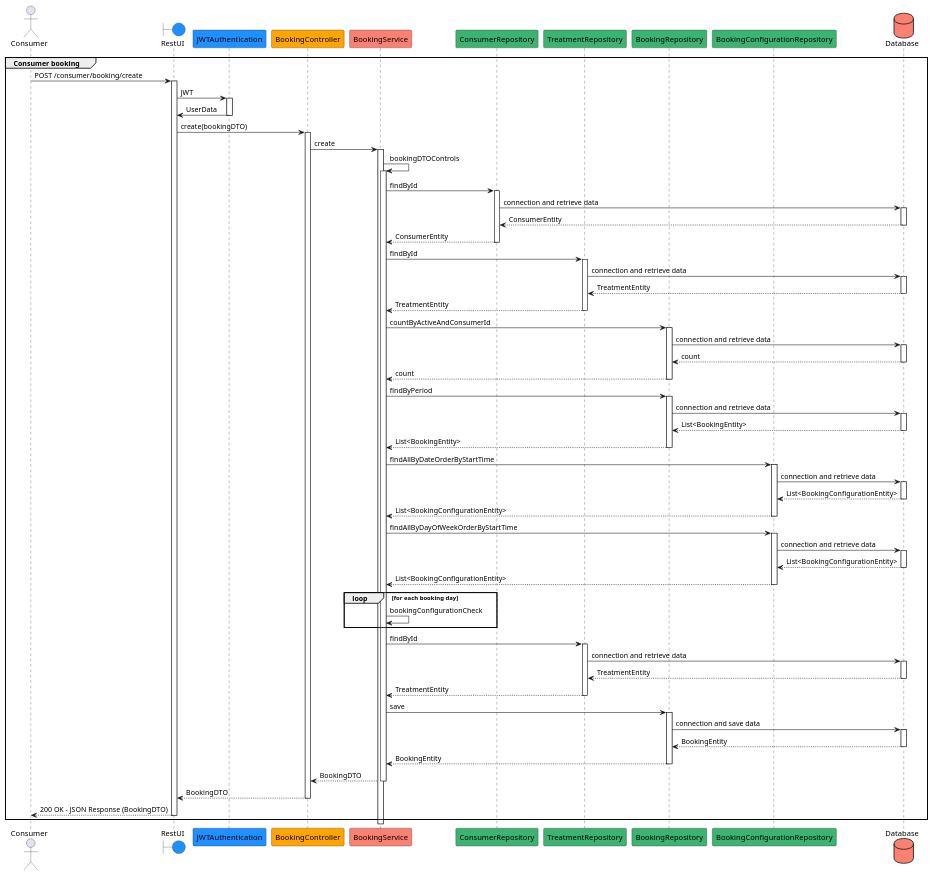
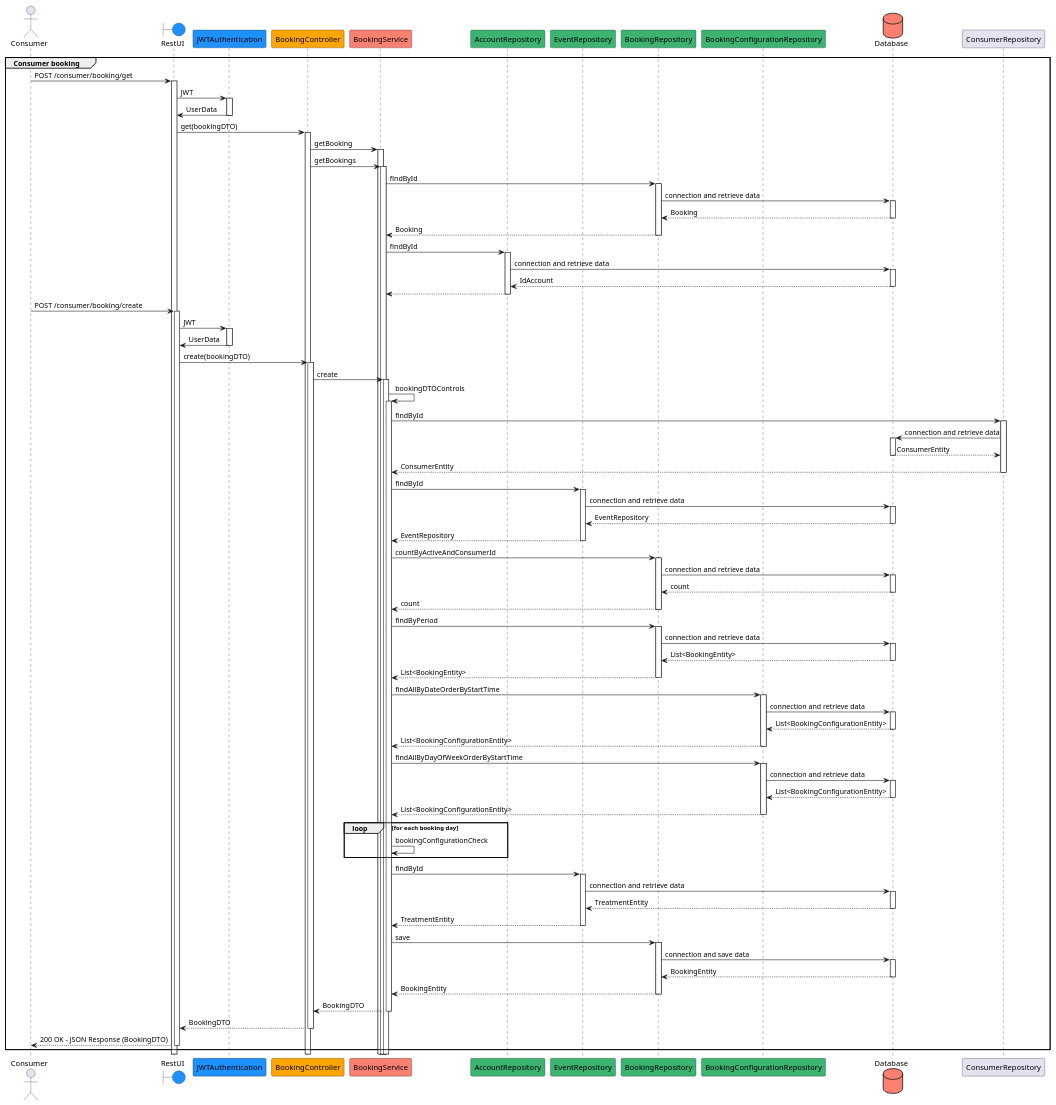
Before and after one commit to EvenCiampa/Pareidolia: the diagram in Diagrams/Sequence/PareidoliaSequenceBooking.puml, drawn with PlantUML. The commit also changed 68 other files, not shown here.

```diff
--- a/Diagrams/Sequence/PareidoliaSequenceBooking.puml
+++ b/Diagrams/Sequence/PareidoliaSequenceBooking.puml
@@ -1,59 +1,74 @@
 @startuml
 actor Consumer
 boundary RestUI #DodgerBlue
 participant JWTAuthentication #DodgerBlue
 participant BookingController #Orange
 participant BookingService #Salmon
-participant ConsumerRepository #MediumSeaGreen
-participant TreatmentRepository #MediumSeaGreen
+participant AccountRepository #MediumSeaGreen
+participant EventRepository #MediumSeaGreen
 participant BookingRepository #MediumSeaGreen
 participant BookingConfigurationRepository #MediumSeaGreen
 database Database #Salmon
 
 group Consumer booking
+Consumer -> RestUI ++ : POST /consumer/booking/get
+RestUI -> JWTAuthentication ++ : JWT
+JWTAuthentication -> RestUI -- : UserData
+RestUI -> BookingController ++ : get(bookingDTO)
+BookingController -> BookingService ++ : getBooking
+BookingController -> BookingService ++ : getBookings
+BookingService -> BookingRepository ++ : findById
+BookingRepository -> Database ++ : connection and retrieve data
+Database --> BookingRepository -- : Booking
+BookingRepository --> BookingService -- : Booking
+BookingService -> AccountRepository ++ : findById
+AccountRepository -> Database ++ : connection and retrieve data
+Database --> AccountRepository -- : IdAccount
+'(!Objects.equals(booking.getIdAccount(), consumerService.getData().getId())) '
+AccountRepository --> BookingService -- :
 Consumer -> RestUI ++ : POST /consumer/booking/create
 RestUI -> JWTAuthentication ++ : JWT
 JWTAuthentication -> RestUI -- : UserData
 RestUI -> BookingController ++ : create(bookingDTO)
 BookingController -> BookingService ++ : create
 BookingService -> BookingService ++: bookingDTOControls
 BookingService -> ConsumerRepository ++ : findById
 ConsumerRepository -> Database ++ : connection and retrieve data
 Database --> ConsumerRepository -- : ConsumerEntity
 ConsumerRepository --> BookingService -- : ConsumerEntity
-BookingService -> TreatmentRepository ++ : findById
-TreatmentRepository -> Database ++ : connection and retrieve data
-Database --> TreatmentRepository -- : TreatmentEntity
-TreatmentRepository --> BookingService -- : TreatmentEntity
+BookingService -> EventRepository ++ : findById
+EventRepository -> Database ++ : connection and retrieve data
+Database --> EventRepository -- : EventRepository
+EventRepository --> BookingService -- : EventRepository
 BookingService -> BookingRepository ++ : countByActiveAndConsumerId
 BookingRepository -> Database ++ : connection and retrieve data
 Database --> BookingRepository -- : count
 BookingRepository --> BookingService -- : count
 BookingService -> BookingRepository ++ : findByPeriod
 BookingRepository -> Database ++ : connection and retrieve data
 Database --> BookingRepository -- : List<BookingEntity>
 BookingRepository --> BookingService -- : List<BookingEntity>
 BookingService -> BookingConfigurationRepository ++ : findAllByDateOrderByStartTime
 BookingConfigurationRepository -> Database ++ : connection and retrieve data
 Database --> BookingConfigurationRepository -- : List<BookingConfigurationEntity>
 BookingConfigurationRepository --> BookingService -- : List<BookingConfigurationEntity>
 BookingService -> BookingConfigurationRepository ++ : findAllByDayOfWeekOrderByStartTime
 BookingConfigurationRepository -> Database ++ : connection and retrieve data
 Database --> BookingConfigurationRepository -- : List<BookingConfigurationEntity>
 BookingConfigurationRepository --> BookingService -- : List<BookingConfigurationEntity>
 	loop for each booking day
 	BookingService -> BookingService : bookingConfigurationCheck
 	end
-BookingService -> TreatmentRepository ++ : findById
-TreatmentRepository -> Database ++ : connection and retrieve data
-Database --> TreatmentRepository -- : TreatmentEntity
-TreatmentRepository --> BookingService -- : TreatmentEntity
+BookingService -> EventRepository ++ : findById
+EventRepository -> Database ++ : connection and retrieve data
+Database --> EventRepository -- : TreatmentEntity
+EventRepository --> BookingService -- : TreatmentEntity
 BookingService -> BookingRepository ++ : save
 BookingRepository -> Database ++ : connection and save data
 Database --> BookingRepository -- : BookingEntity
 BookingRepository --> BookingService -- : BookingEntity
 BookingService --> BookingController -- : BookingDTO
 BookingController --> RestUI -- : BookingDTO
 RestUI --> Consumer -- : 200 OK - JSON Response (BookingDTO)
 end
 @enduml
```
